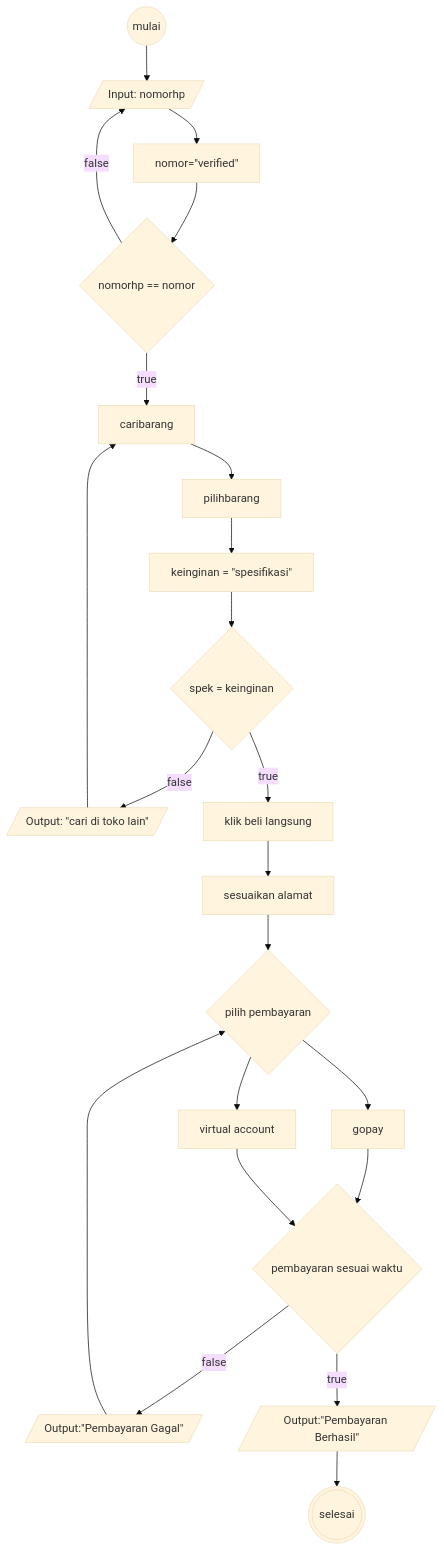
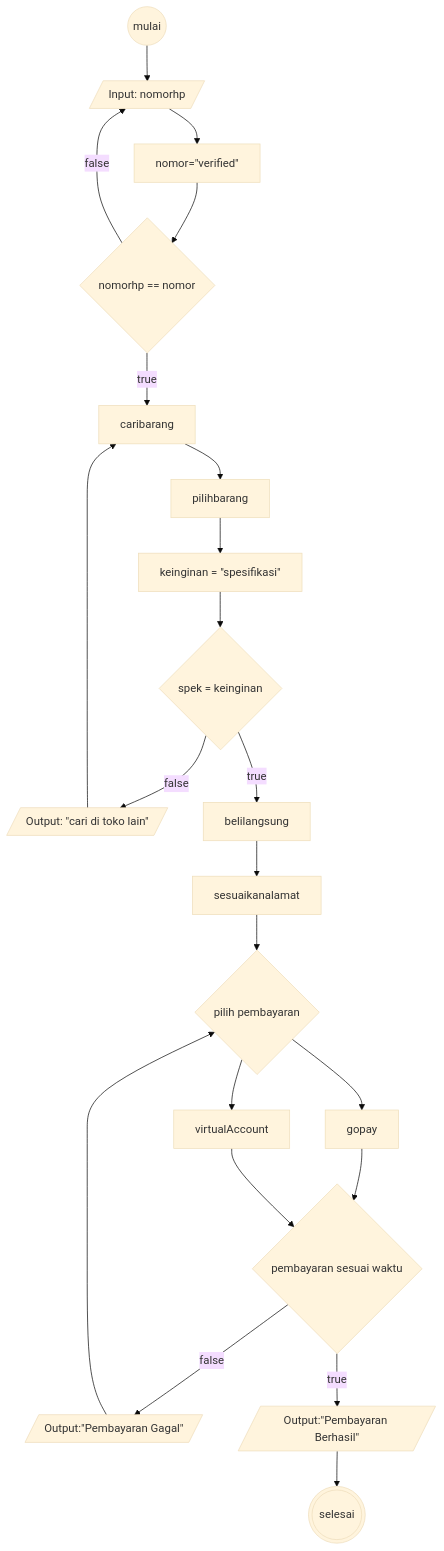
One commit to alhilalfathi/koda-b6-algoritma changed the diagram in algoritma-checkout-tokopedia.md. Above: the diagram before and after it, drawn with Mermaid (base theme).

````diff
--- a/algoritma-checkout-tokopedia.md
+++ b/algoritma-checkout-tokopedia.md
@@ -19,32 +19,32 @@
 ```mermaid
 flowchart TD
     mulai@{ shape: circle,}
     login@{ shape: lean-r, label: "Input: nomorhp"}
     verif@{ label: "nomor=#quot;verified#quot;"}
     logincek@{ shape: diamond, label: "nomorhp == nomor"}
     cariitem@{ label: "caribarang"}
     pilihitem@{ label: "pilihbarang"}
     keinginan@{ label: "keinginan = #quot;spesifikasi#quot;"}
     spek@{ shape: diamond, label: "spek = keinginan"}
     false1@{ shape: lean-r, label: "Output: #quot;cari di toko lain#quot;"}
-    true1@{ label: "klik beli langsung"}
-    alamat@{ label: "sesuaikan alamat"}
+    true1@{ label: "belilangsung"}
+    alamat@{ label: "sesuaikanalamat"}
     pembayaran@{ shape: diamond, label: "pilih pembayaran"}
     gopay@{ label: "gopay"}
-    va@{ label: "virtual account"}
+    va@{ label: "virtualAccount"}
     pembayaran2@{shape: diamond, label: "pembayaran sesuai waktu"}
     false2@{shape: lean-r, label: "Output:#quot;Pembayaran Gagal#quot;"}
     true2@{shape: lean-r, label: "Output:#quot;Pembayaran Berhasil#quot;"}
     selesai@{ shape: dbl-circ,}
 
 mulai-->login-->verif-->logincek
 logincek--true-->cariitem-->pilihitem-->keinginan-->spek
 logincek--false-->login
 spek--false-->false1-->cariitem
 spek--true-->true1-->alamat-->pembayaran
 pembayaran-->gopay-->pembayaran2
 pembayaran-->va-->pembayaran2
 pembayaran2--false-->false2-->pembayaran
 pembayaran2--true-->true2-->selesai
 
 ```
````
